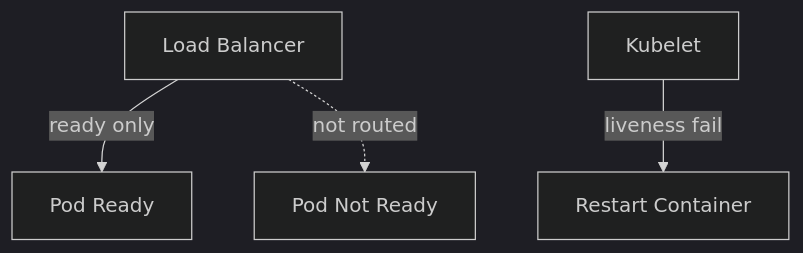
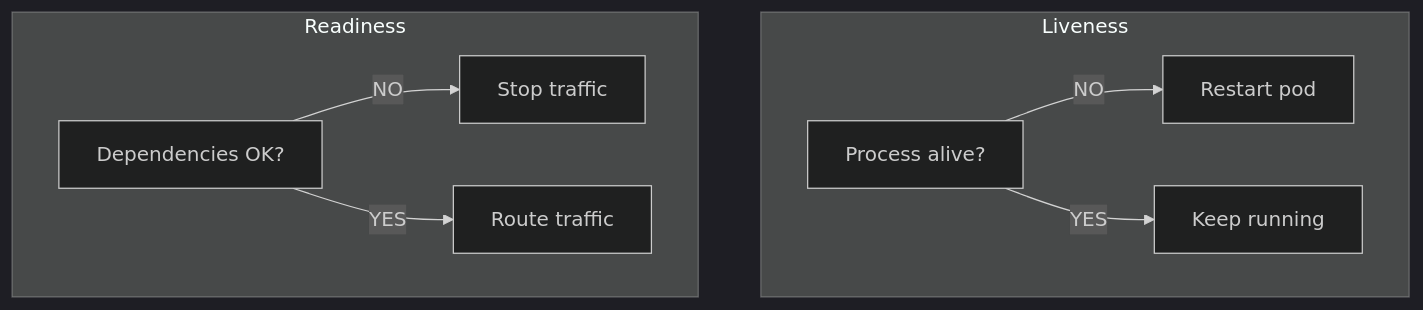
Before and after one commit to hareramcse/SystemDesign: the fifth of 5 diagrams in 09-observability/README.md, drawn with Mermaid (dark theme). The commit also changed other lines of this file, not shown here.

````diff
--- a/09-observability/README.md
+++ b/09-observability/README.md
@@ -1351,6 +2518,13 @@
 ```mermaid
 flowchart TB
-    LB[Load Balancer] -->|ready only| Pod1[Pod Ready]
-    LB -.->|not routed| Pod2[Pod Not Ready]
-    K8s[Kubelet] -->|liveness fail| Restart[Restart Container]
+    subgraph live [Liveness]
+        LQ[Process alive?]
+        LQ -->|NO| RESTART[Restart pod]
+        LQ -->|YES| OK1[Keep running]
+    end
+    subgraph ready [Readiness]
+        RQ[Dependencies OK?]
+        RQ -->|NO| DRAIN[Stop traffic]
+        RQ -->|YES| OK2[Route traffic]
+    end
 ```
````
